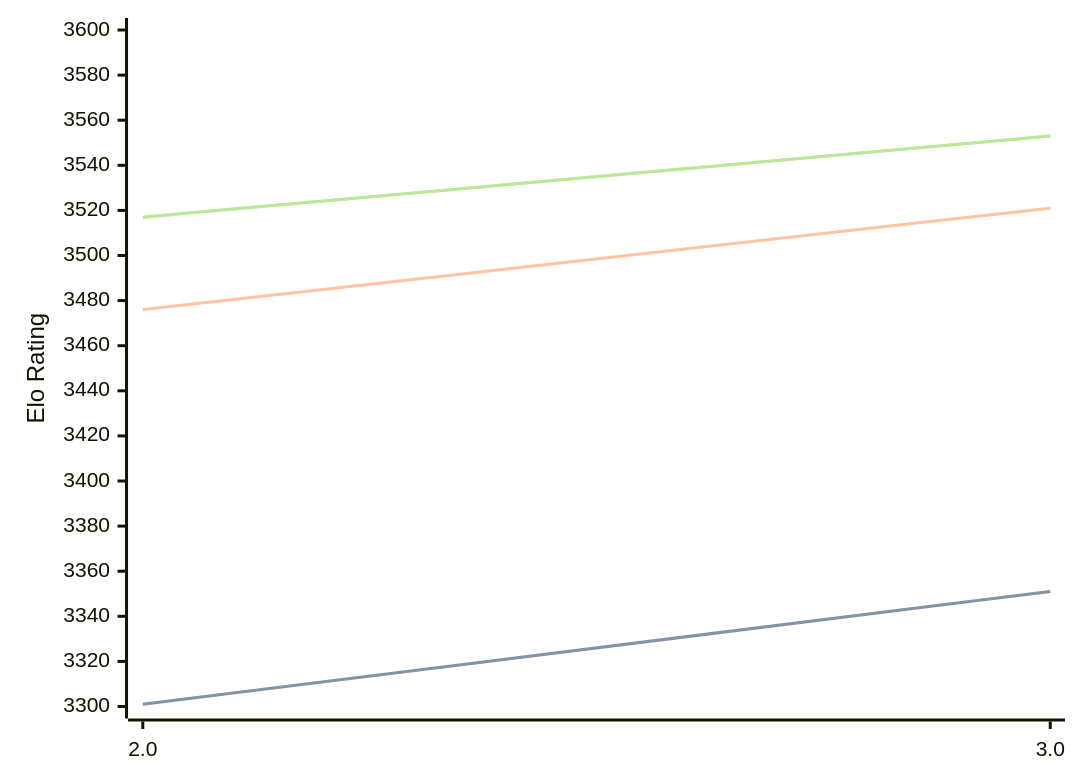
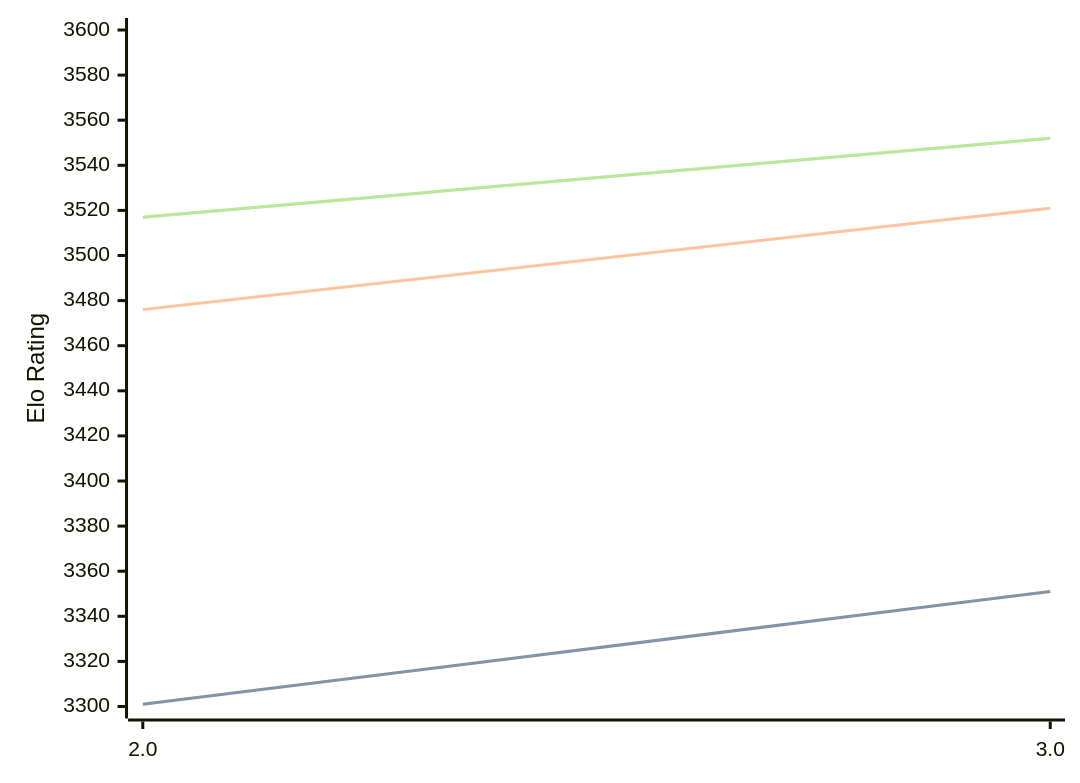
The diagram in engines/Quanticade.md (computer-chess-index/cci), drawn with Mermaid before and after one commit. The commit also changed other lines of this file, not shown here.

Commit message:
Update CCI Ratings (ELO VLTC) - 2026-09-12

````diff
--- a/engines/Quanticade.md
+++ b/engines/Quanticade.md
@@ -32,11 +32,11 @@
 ```mermaid
 %%{init: {"theme":"base","themeVariables":{"seriesColors:['#a3a3a3','#222221','#faa371']}}}%%
 xychart-beta
   x-axis ["2.0", "3.0"]
   y-axis "Elo Rating" 3300 --> 3600
   line "" [3301, 3351]
   line "STC (8.0+0.08s)" [3301, 3351]
   line "LTC (60.0+0.60s)" [3476, 3521]
-  line "" [3517, 3553]
-  line "VLTC (2m24s+1.12s)" [3517, 3553]
+  line "" [3517, 3552]
+  line "VLTC (2m24s+1.12s)" [3517, 3552]
 ```
````
